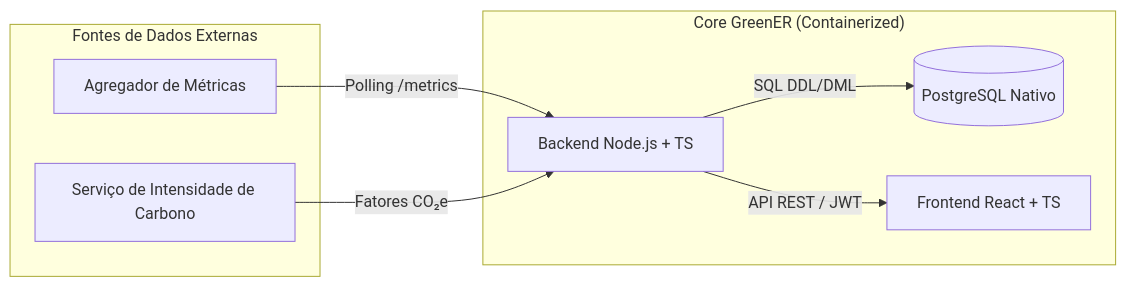
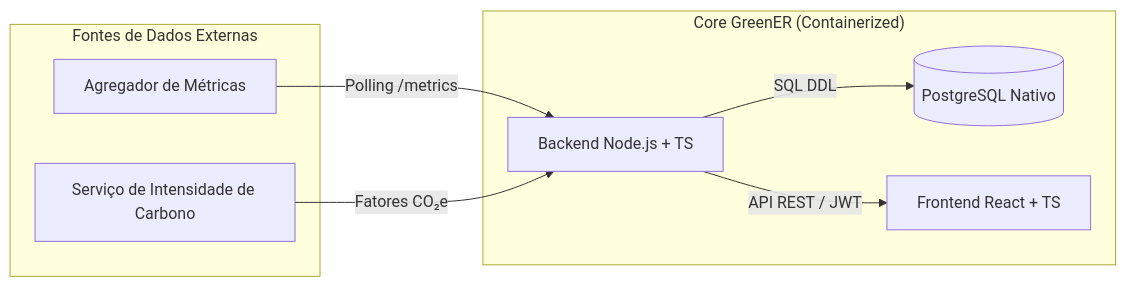
Before and after one commit to pentascripts-organization/EcoByteMetrics: the first of 2 diagrams in README.md, drawn with Mermaid. The commit also changed other lines of this file, not shown here.

````diff
--- a/README.md
+++ b/README.md
@@ -18,18 +17,18 @@
 ```mermaid
 graph LR
     subgraph "Fontes de Dados Externas"
         AM[Agregador de Métricas]
         SC[Serviço de Intensidade de Carbono]
     end
 
     subgraph "Core GreenER (Containerized)"
         BE[Backend Node.js + TS]
         DB[(PostgreSQL Nativo)]
         FE[Frontend React + TS]
     end
 
     AM -->|Polling /metrics| BE
     SC -->|Fatores CO₂e| BE
-    BE -->|SQL DDL/DML| DB
+    BE -->|SQL DDL| DB
     BE -->|API REST / JWT| FE
 ```
````
